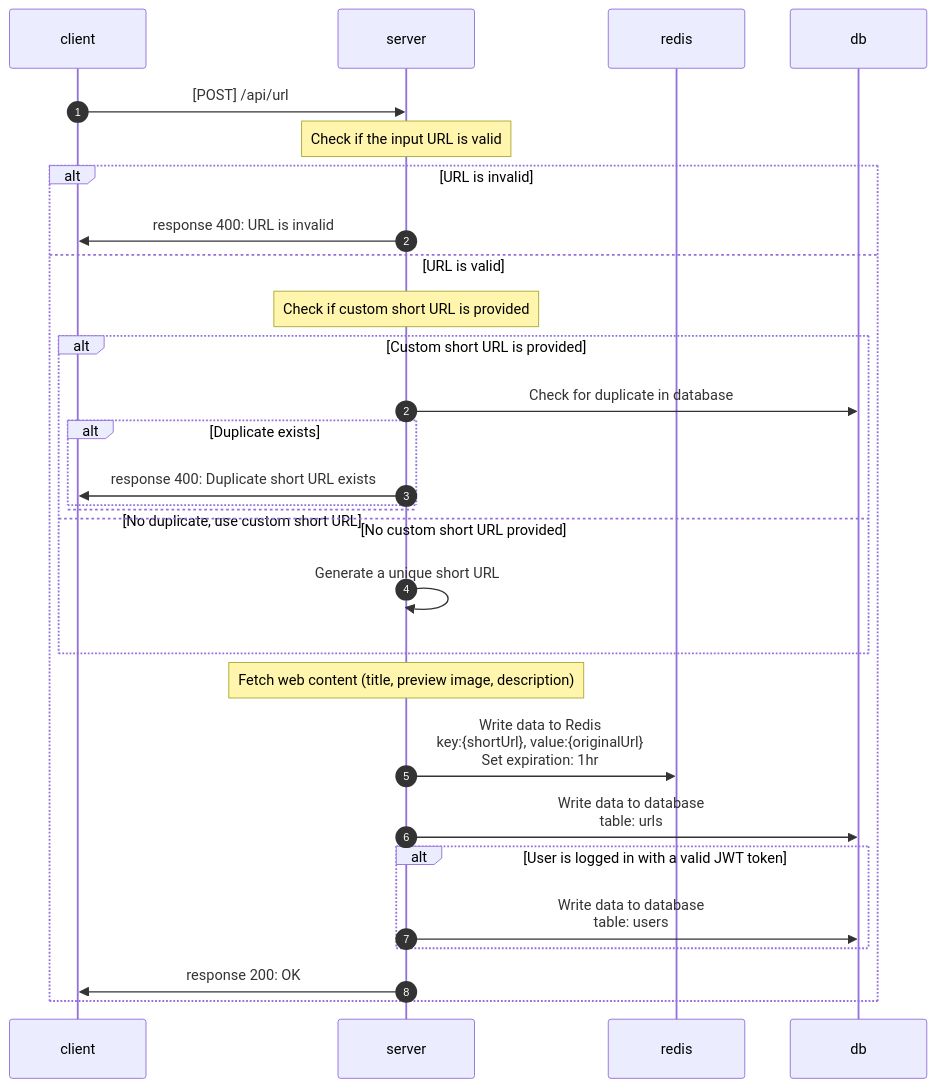
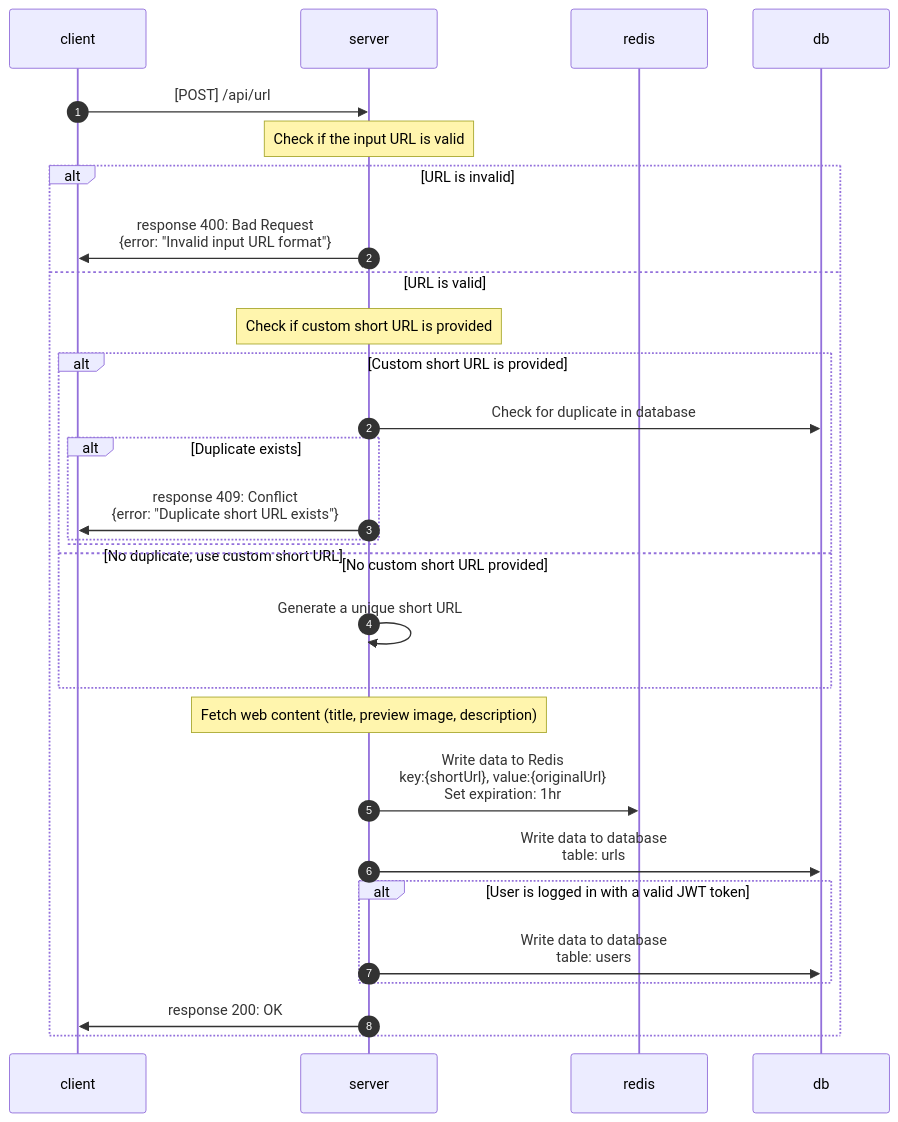
One commit to yanzzzzzzzzz/short_url_backend changed the diagram in docs/api/short url/create.md. Above: the diagram before and after it, drawn with Mermaid. The commit also changed other lines of this file and 1 other file, not shown here.

````diff
--- a/docs/api/short url/create.md
+++ b/docs/api/short url/create.md
@@ -30,36 +36,36 @@
 ```mermaid
 sequenceDiagram
     participant client
     participant server
     participant redis
     participant db
     
     autonumber 1
     client ->> server: [POST] /api/url
     Note over server: Check if the input URL is valid
     alt URL is invalid
-        server ->> client: response 400: URL is invalid
+        server ->> client: response 400: Bad Request<br>{error: "Invalid input URL format"}
     else URL is valid
         autonumber 2
         Note over server: Check if custom short URL is provided
         alt Custom short URL is provided
             server ->> db: Check for duplicate in database
             alt Duplicate exists
-                server ->> client: response 400: Duplicate short URL exists
+                server ->> client: response 409: Conflict<br>{error: "Duplicate short URL exists"}
             else No duplicate, use custom short URL
-        end
+            end
         else No custom short URL provided
             server ->> server: Generate a unique short URL
         end
 
         Note over server: Fetch web content (title, preview image, description)
         server ->> redis: Write data to Redis<br>key:{shortUrl}, value:{originalUrl}<br>Set expiration: 1hr
         server ->> db: Write data to database<br>table: urls
         alt User is logged in with a valid JWT token
             server ->> db: Write data to database<br>table: users
         end
         
         server ->> client: response 200: OK
     end
 
 ```
````
